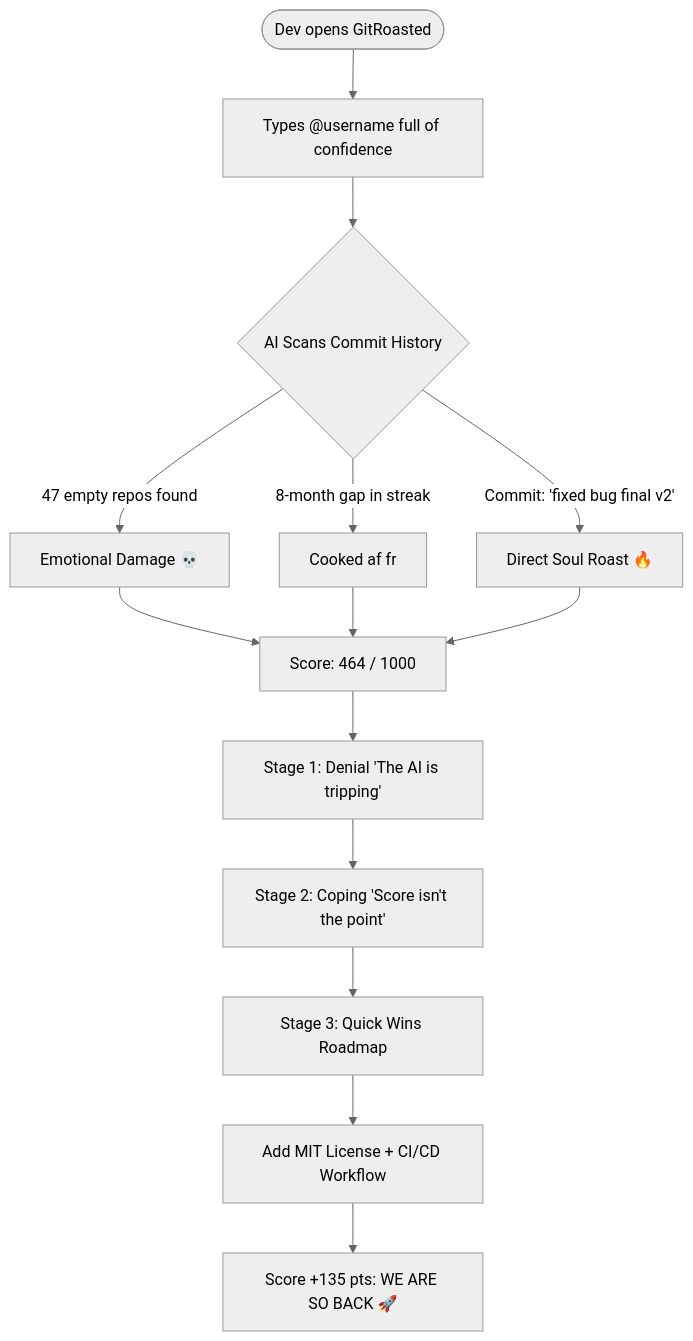
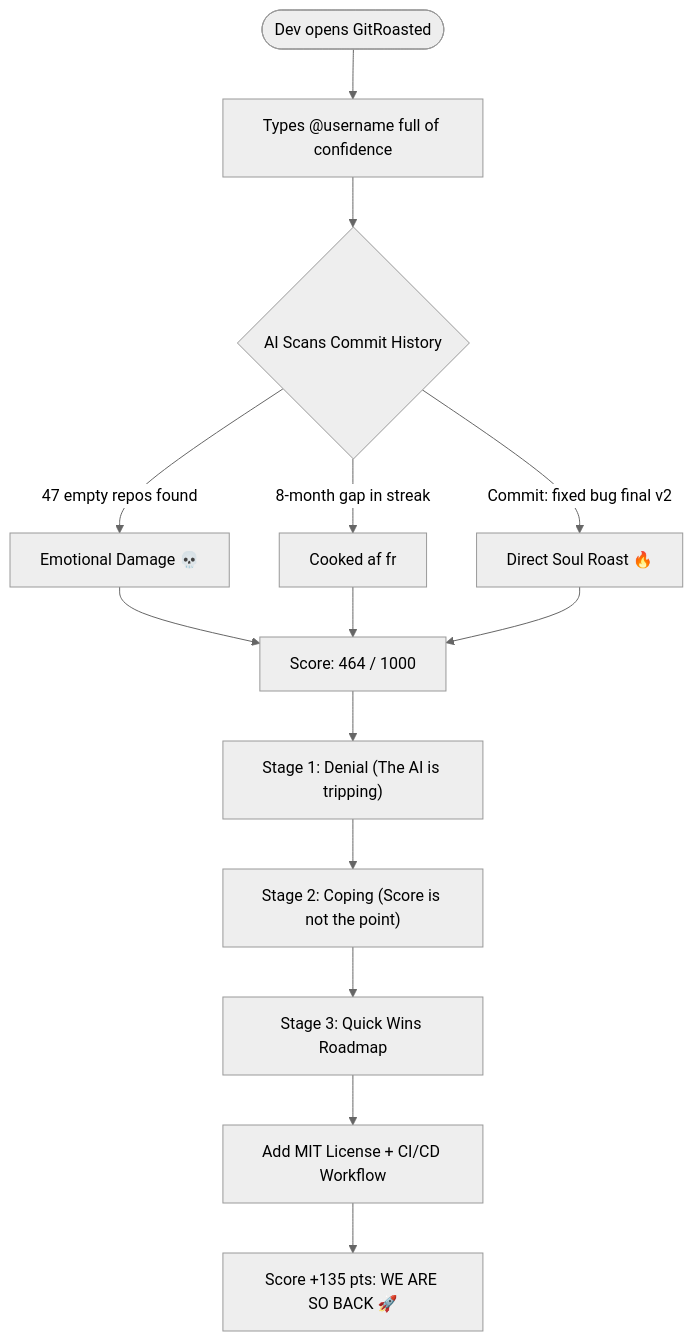
One commit to MdKasif0/GitRoasted-Launch-Video changed the third of 4 diagrams in README.md. Above: the diagram before and after it, drawn with Mermaid (neutral theme). The commit also changed other lines of this file, not shown here.

Commit message:
fix(docs): resolve Mermaid lexical error in quadrantChart and flowchart

````diff
--- a/README.md
+++ b/README.md
@@ -41,14 +41,14 @@
 ```mermaid
 flowchart TD
-    A([Dev opens GitRoasted]) --> B[Types @username full of confidence]
+    A([Dev opens GitRoasted]) --> B["Types @username full of confidence"]
     B --> C{AI Scans Commit History}
-    C -->|47 empty repos found| D[Emotional Damage 💀]
-    C -->|8-month gap in streak| E[Cooked af fr]
-    C -->|Commit: 'fixed bug final v2'| F[Direct Soul Roast 🔥]
-    D & E & F --> G[Score: 464 / 1000]
-    G --> H[Stage 1: Denial 'The AI is tripping']
-    H --> I[Stage 2: Coping 'Score isn't the point']
-    I --> J[Stage 3: Quick Wins Roadmap]
-    J --> K[Add MIT License + CI/CD Workflow]
-    K --> L[Score +135 pts: WE ARE SO BACK 🚀]
+    C -->|47 empty repos found| D["Emotional Damage 💀"]
+    C -->|8-month gap in streak| E["Cooked af fr"]
+    C -->|Commit: fixed bug final v2| F["Direct Soul Roast 🔥"]
+    D & E & F --> G["Score: 464 / 1000"]
+    G --> H["Stage 1: Denial (The AI is tripping)"]
+    H --> I["Stage 2: Coping (Score is not the point)"]
+    I --> J["Stage 3: Quick Wins Roadmap"]
+    J --> K["Add MIT License + CI/CD Workflow"]
+    K --> L["Score +135 pts: WE ARE SO BACK 🚀"]
 ```
````
